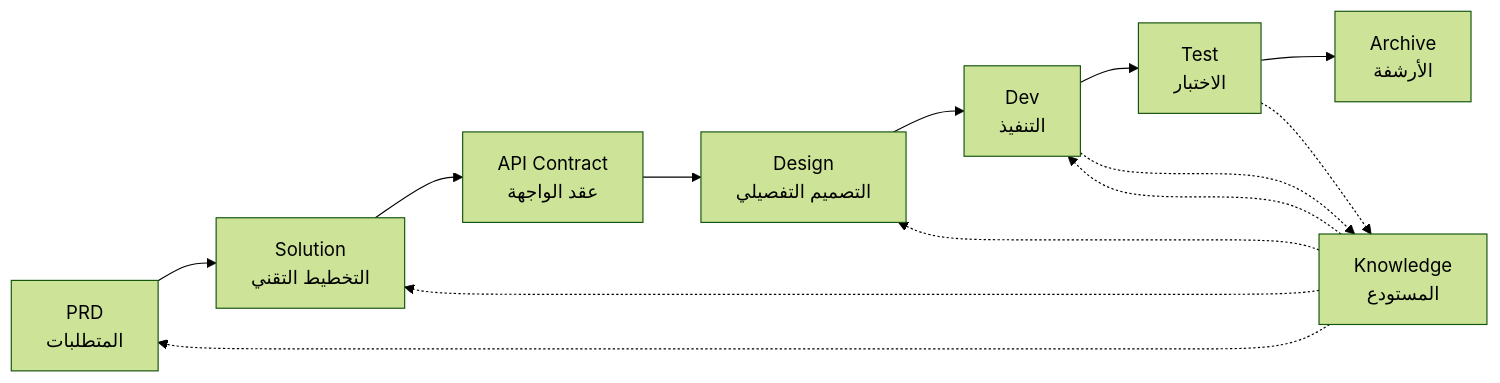
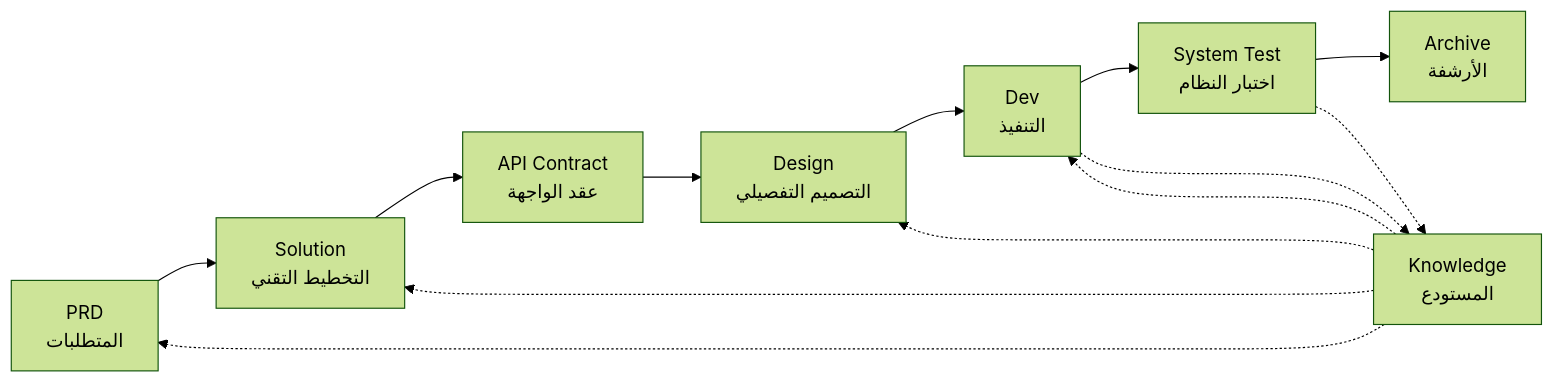
One commit to charlesmu99/speccrew changed the diagram in README.ar.md. Above: the diagram before and after it, drawn with Mermaid (forest theme). The commit also changed other lines of this file and 3 other files, not shown here.

Commit message:
docs: update all README files with npm install instructions and latest agent/skill architecture

````diff
--- a/README.ar.md
+++ b/README.ar.md
@@ -90,17 +96,17 @@
 ```mermaid
 graph LR
     A[PRD<br/>المتطلبات] --> B[Solution<br/>التخطيط التقني]
     B --> C[API Contract<br/>عقد الواجهة]
     C --> D[Design<br/>التصميم التفصيلي]
     D --> E[Dev<br/>التنفيذ]
-    E --> F[Test<br/>الاختبار]
+    E --> F[System Test<br/>اختبار النظام]
     F --> G[Archive<br/>الأرشفة]
     
     H[Knowledge<br/>المستودع] -.-> A
     H -.-> B
     H -.-> D
     H -.-> E
     
     E -.-> H
     F -.-> H
 ```
````
